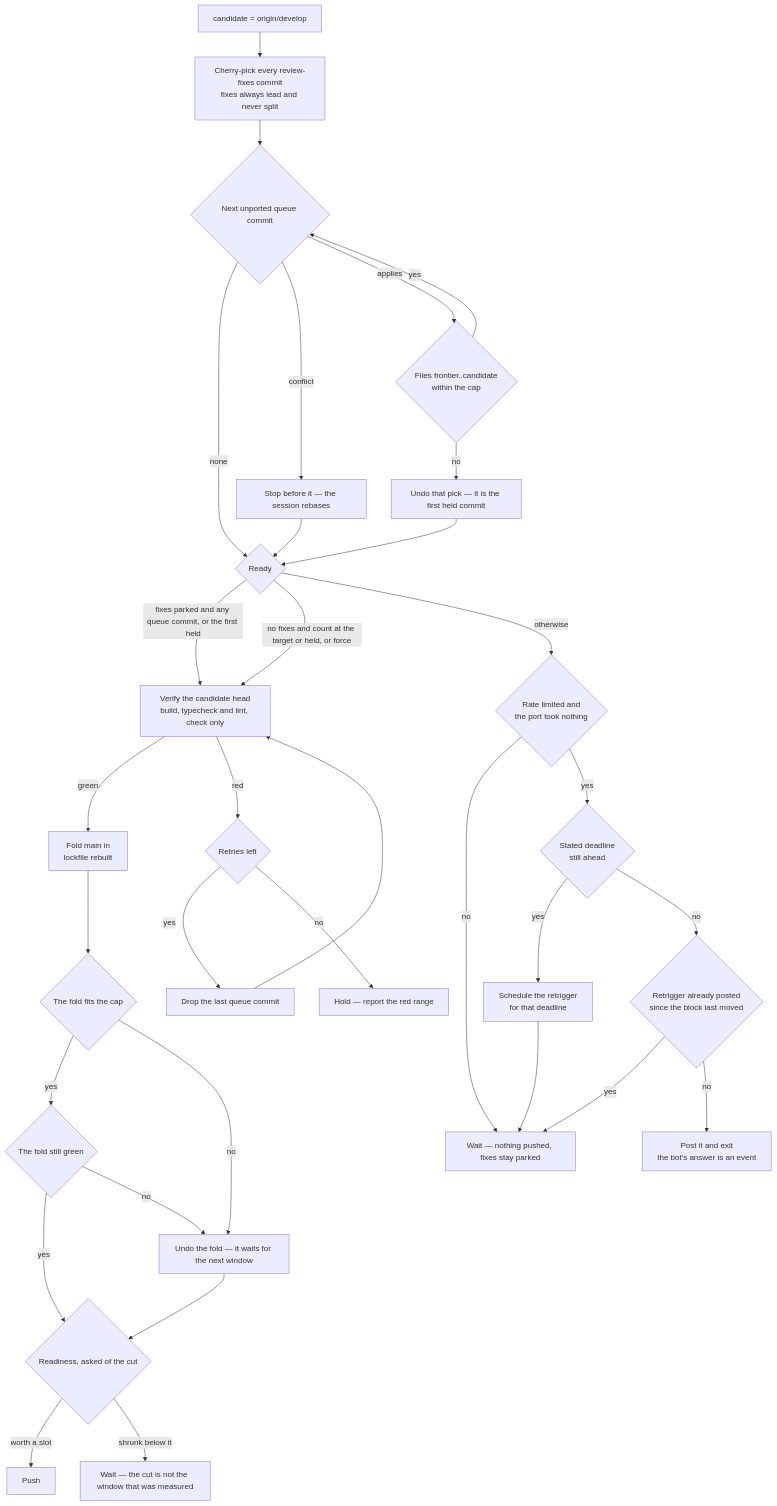
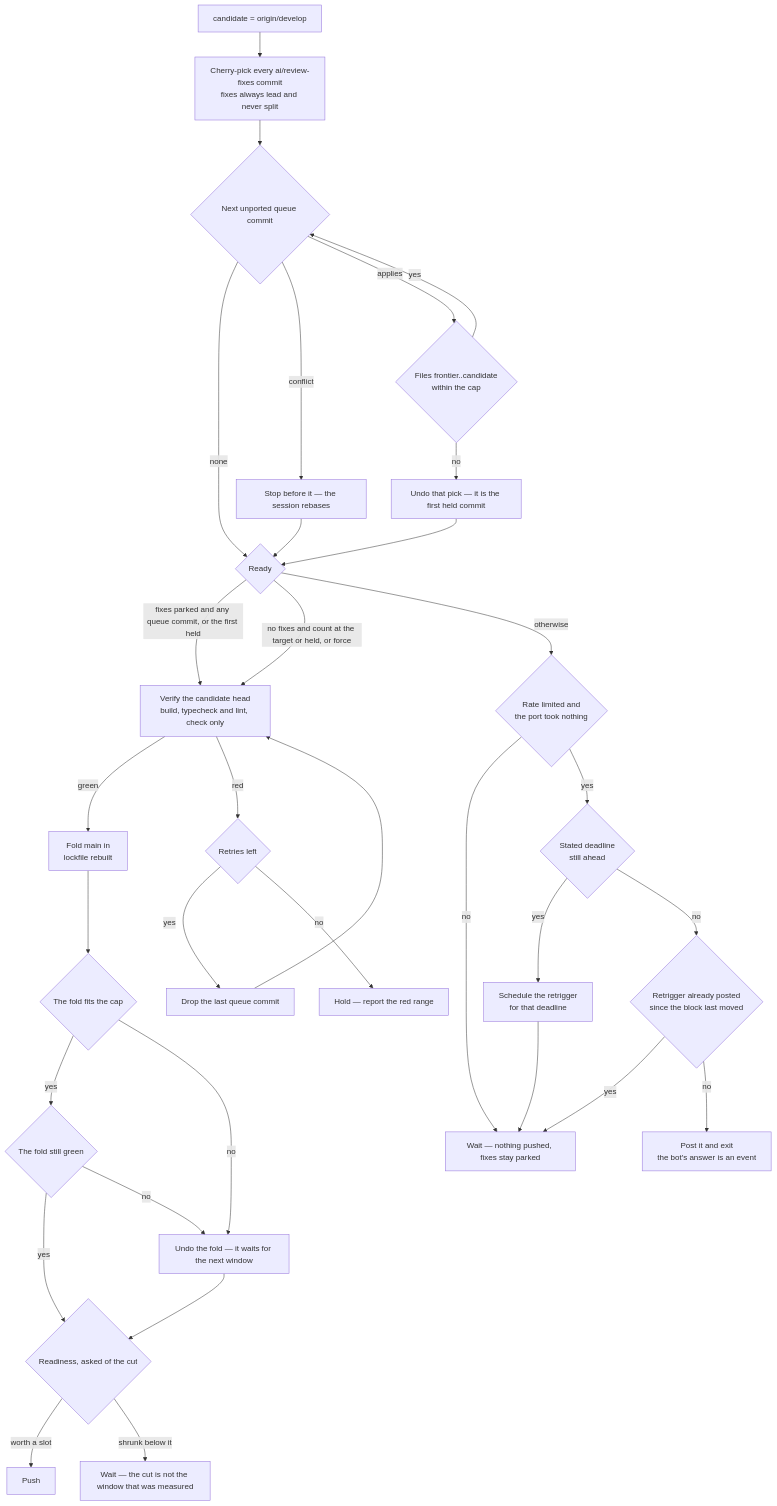
One commit to Esposter/Esposter changed the second of 2 diagrams in apps/web/content/docs/infra/review-collector/collection-cycle.md. Above: the diagram before and after it, drawn with Mermaid. The commit also changed other lines of this file and 25 other files, not shown here.

````diff
--- a/apps/web/content/docs/infra/review-collector/collection-cycle.md
+++ b/apps/web/content/docs/infra/review-collector/collection-cycle.md
@@ -82,32 +82,32 @@
 ```mermaid
 flowchart TD
-  C[candidate = origin/develop] --> FX[Cherry-pick every review-fixes commit<br/>fixes always lead and never split]
+  C[candidate = origin/develop] --> FX[Cherry-pick every ai/review-fixes commit<br/>fixes always lead and never split]
   FX --> Q{Next unported queue commit}
   Q -->|none| RD
   Q -->|conflict| H[Stop before it — the session rebases]
   Q -->|applies| M{Files frontier..candidate<br/>within the cap}
   M -->|yes| Q
   M -->|no| U[Undo that pick — it is the first held commit]
   U --> RD
   H --> RD{Ready}
   RD -->|fixes parked and any queue commit, or the first held| V
   RD -->|no fixes and count at the target or held, or force| V
   RD -->|otherwise| LM{Rate limited and<br/>the port took nothing}
   LM -->|no| W[Wait — nothing pushed, fixes stay parked]
   LM -->|yes| DL{Stated deadline<br/>still ahead}
   DL -->|yes| SR[Schedule the retrigger<br/>for that deadline] --> W
   DL -->|no| AK{Retrigger already posted<br/>since the block last moved}
   AK -->|yes| W
   AK -->|no| PB[Post it and exit<br/>the bot's answer is an event]
   V[Verify the candidate head<br/>build, typecheck and lint, check only] -->|green| FM[Fold main in<br/>lockfile rebuilt]
   V -->|red| BK{Retries left}
   BK -->|yes| DR[Drop the last queue commit] --> V
   BK -->|no| HR[Hold — report the red range]
   FM --> FC{The fold fits the cap}
   FC -->|yes| V2{The fold still green}
   FC -->|no| UF[Undo the fold — it waits for the next window] --> RD2
   V2 -->|yes| RD2{Readiness, asked of the cut}
   V2 -->|no| UF
   RD2 -->|worth a slot| P[Push]
   RD2 -->|shrunk below it| W2[Wait — the cut is not the window that was measured]
 ```
````
